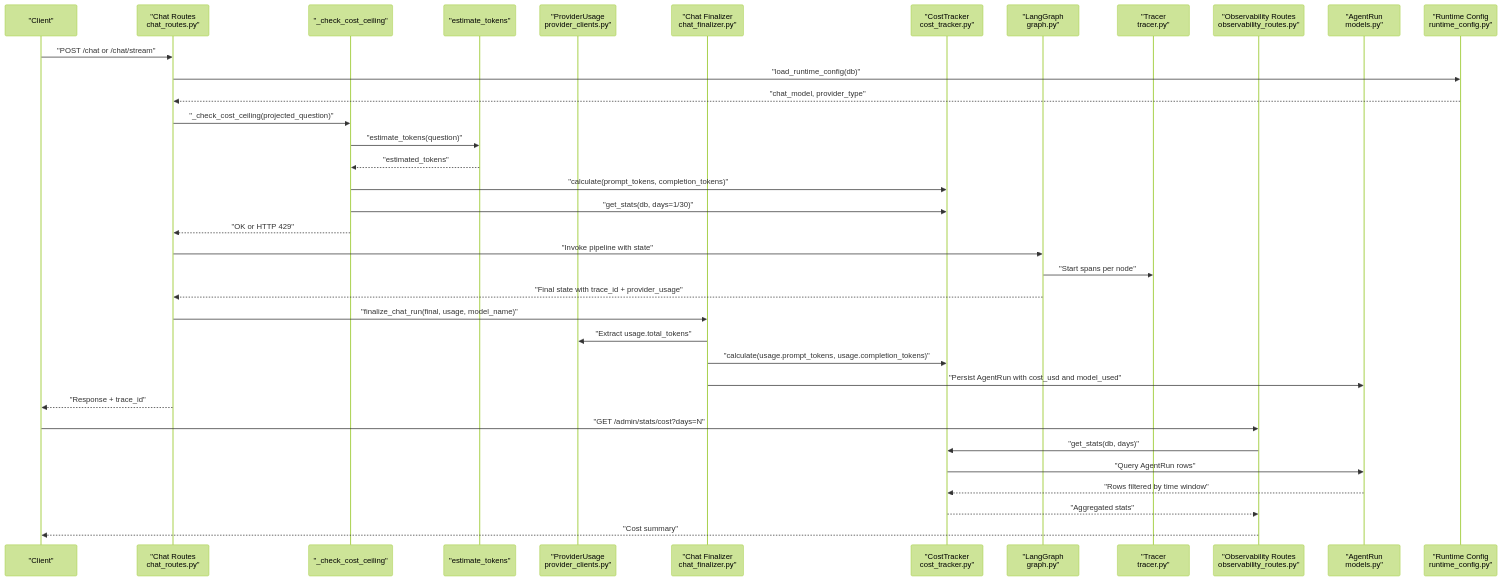
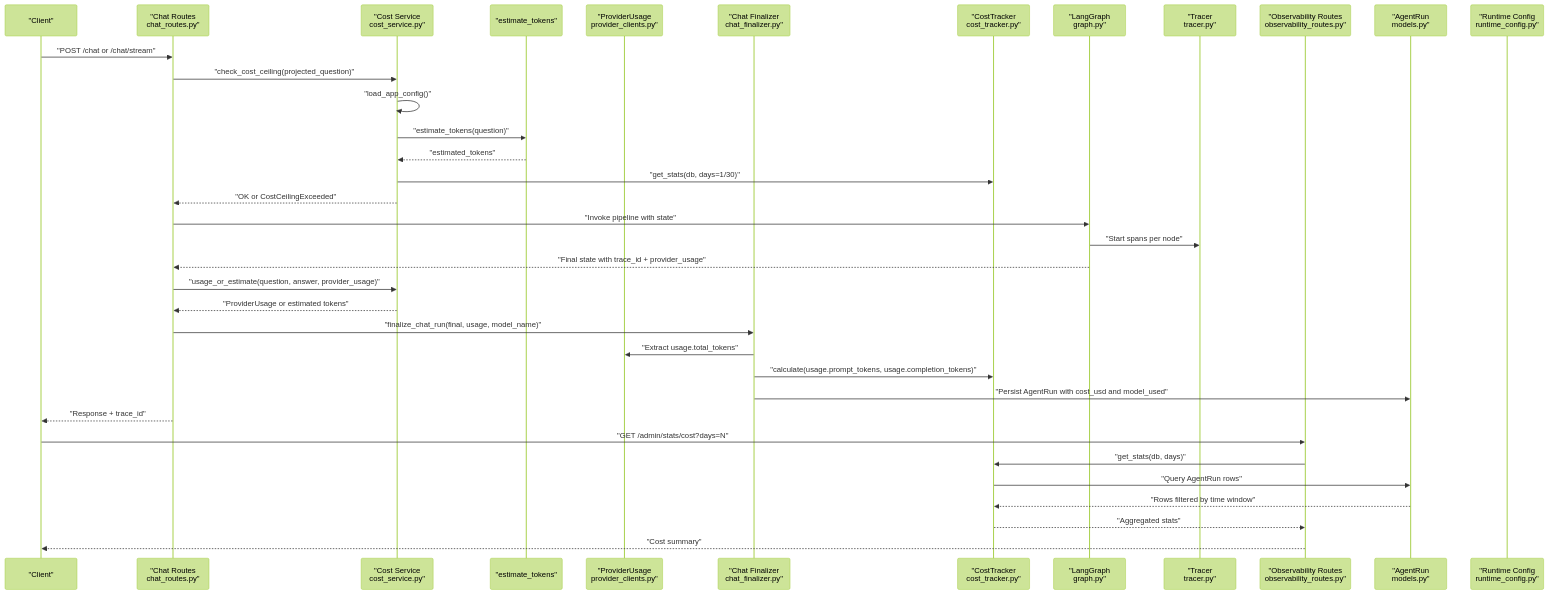
The second of 14 diagrams in .qoder/repowiki/en/content/Observability and Monitoring/Cost Tracking and Usage Analytics.md (genes8/private-ai), drawn with Mermaid (forest theme) before and after one commit. The commit also changed other lines of this file and 55 other files, not shown here.

````diff
--- a/.qoder/repowiki/en/content/Observability and Monitoring/Cost Tracking and Usage Analytics.md
+++ b/.qoder/repowiki/en/content/Observability and Monitoring/Cost Tracking and Usage Analytics.md
@@ -164,38 +169,38 @@
 ```mermaid
 sequenceDiagram
 participant Client as "Client"
 participant Chat as "Chat Routes<br/>chat_routes.py"
-participant Ceiling as "_check_cost_ceiling"
+participant Service as "Cost Service<br/>cost_service.py"
 participant TokenEst as "estimate_tokens"
 participant Provider as "ProviderUsage<br/>provider_clients.py"
 participant Finalizer as "Chat Finalizer<br/>chat_finalizer.py"
 participant Tracker as "CostTracker<br/>cost_tracker.py"
 participant Graph as "LangGraph<br/>graph.py"
 participant Otel as "Tracer<br/>tracer.py"
 participant API as "Observability Routes<br/>observability_routes.py"
 participant DB as "AgentRun<br/>models.py"
 participant Runtime as "Runtime Config<br/>runtime_config.py"
 Client->>Chat : "POST /chat or /chat/stream"
-Chat->>Runtime : "load_runtime_config(db)"
-Runtime-->>Chat : "chat_model, provider_type"
-Chat->>Ceiling : "_check_cost_ceiling(projected_question)"
-Ceiling->>TokenEst : "estimate_tokens(question)"
-TokenEst-->>Ceiling : "estimated_tokens"
-Ceiling->>Tracker : "calculate(prompt_tokens, completion_tokens)"
-Ceiling->>Tracker : "get_stats(db, days=1/30)"
-Ceiling-->>Chat : "OK or HTTP 429"
+Chat->>Service : "check_cost_ceiling(projected_question)"
+Service->>Service : "load_app_config()"
+Service->>TokenEst : "estimate_tokens(question)"
+TokenEst-->>Service : "estimated_tokens"
+Service->>Tracker : "get_stats(db, days=1/30)"
+Service-->>Chat : "OK or CostCeilingExceeded"
 Chat->>Graph : "Invoke pipeline with state"
 Graph->>Otel : "Start spans per node"
 Graph-->>Chat : "Final state with trace_id + provider_usage"
+Chat->>Service : "usage_or_estimate(question, answer, provider_usage)"
+Service-->>Chat : "ProviderUsage or estimated tokens"
 Chat->>Finalizer : "finalize_chat_run(final, usage, model_name)"
 Finalizer->>Provider : "Extract usage.total_tokens"
 Finalizer->>Tracker : "calculate(usage.prompt_tokens, usage.completion_tokens)"
 Finalizer->>DB : "Persist AgentRun with cost_usd and model_used"
 Chat-->>Client : "Response + trace_id"
 Client->>API : "GET /admin/stats/cost?days=N"
 API->>Tracker : "get_stats(db, days)"
 Tracker->>DB : "Query AgentRun rows"
 DB-->>Tracker : "Rows filtered by time window"
 Tracker-->>API : "Aggregated stats"
 API-->>Client : "Cost summary"
 ```
````
